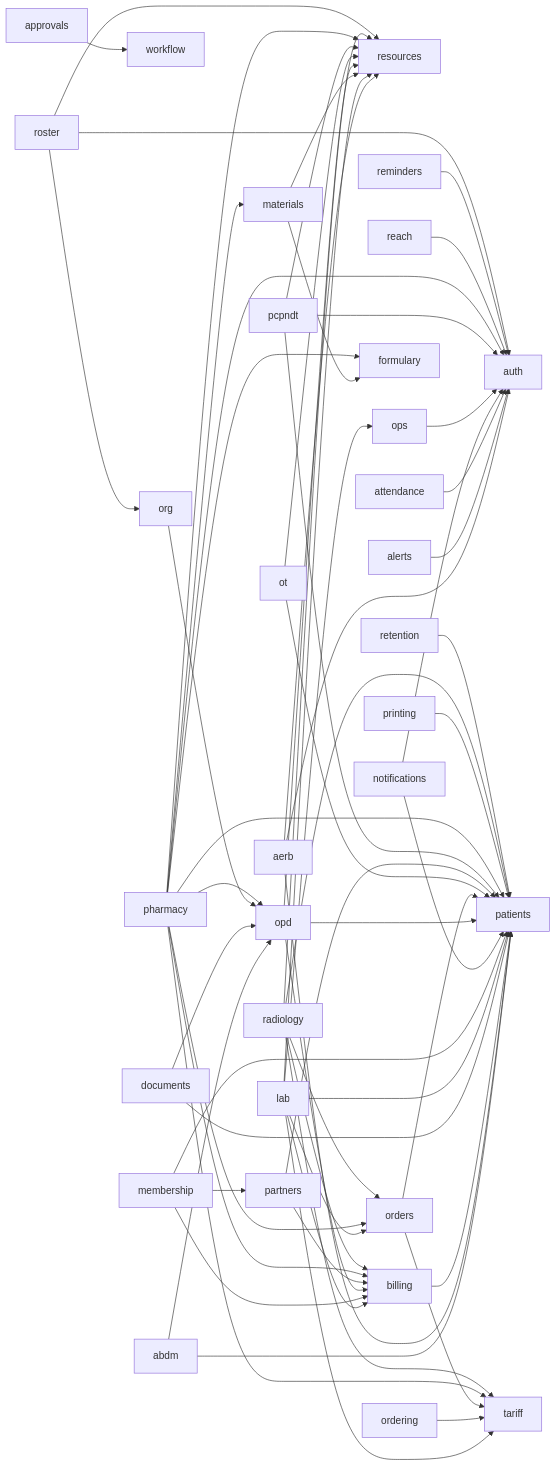
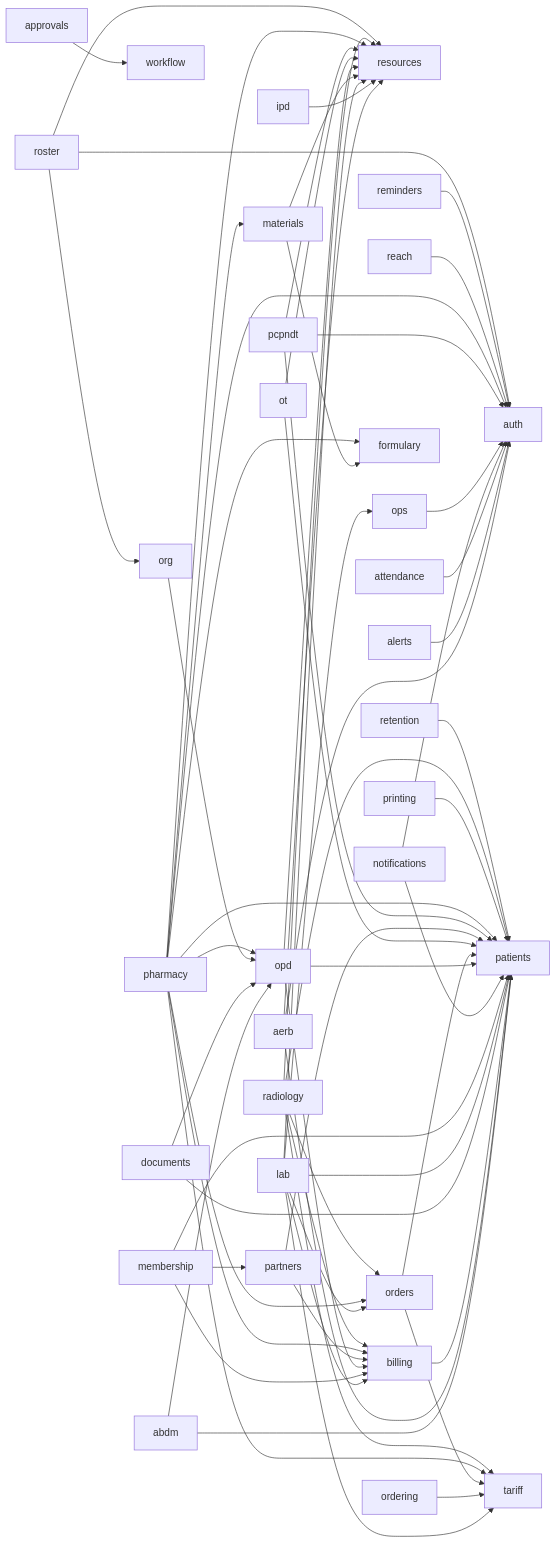
One commit to ankits3a/hims-hmis changed the diagram in docs/architecture/schema.md. Above: the diagram before and after it, drawn with Mermaid. The commit also changed other lines of this file and 55 other files, not shown here.

````diff
--- a/docs/architecture/schema.md
+++ b/docs/architecture/schema.md
@@ -13,63 +13,64 @@
 ```mermaid
 flowchart LR
   abdm[abdm] --> opd[opd]
   abdm[abdm] --> patients[patients]
   aerb[aerb] --> auth[auth]
   aerb[aerb] --> patients[patients]
   aerb[aerb] --> resources[resources]
   alerts[alerts] --> auth[auth]
   approvals[approvals] --> workflow[workflow]
   attendance[attendance] --> auth[auth]
   billing[billing] --> patients[patients]
   documents[documents] --> opd[opd]
   documents[documents] --> patients[patients]
+  ipd[ipd] --> resources[resources]
   lab[lab] --> billing[billing]
   lab[lab] --> ops[ops]
   lab[lab] --> orders[orders]
   lab[lab] --> patients[patients]
   lab[lab] --> resources[resources]
   lab[lab] --> tariff[tariff]
   materials[materials] --> formulary[formulary]
   materials[materials] --> resources[resources]
   membership[membership] --> billing[billing]
   membership[membership] --> partners[partners]
   membership[membership] --> patients[patients]
   notifications[notifications] --> auth[auth]
   notifications[notifications] --> patients[patients]
   opd[opd] --> billing[billing]
   opd[opd] --> patients[patients]
   opd[opd] --> resources[resources]
   ops[ops] --> auth[auth]
   ordering[ordering] --> tariff[tariff]
   orders[orders] --> patients[patients]
   orders[orders] --> tariff[tariff]
   org[org] --> opd[opd]
   ot[ot] --> patients[patients]
   ot[ot] --> resources[resources]
   partners[partners] --> billing[billing]
   partners[partners] --> patients[patients]
   pcpndt[pcpndt] --> auth[auth]
   pcpndt[pcpndt] --> patients[patients]
   pcpndt[pcpndt] --> resources[resources]
   pharmacy[pharmacy] --> auth[auth]
   pharmacy[pharmacy] --> billing[billing]
   pharmacy[pharmacy] --> formulary[formulary]
   pharmacy[pharmacy] --> materials[materials]
   pharmacy[pharmacy] --> opd[opd]
   pharmacy[pharmacy] --> orders[orders]
   pharmacy[pharmacy] --> patients[patients]
   pharmacy[pharmacy] --> resources[resources]
   pharmacy[pharmacy] --> tariff[tariff]
   printing[printing] --> patients[patients]
   radiology[radiology] --> billing[billing]
   radiology[radiology] --> orders[orders]
   radiology[radiology] --> patients[patients]
   radiology[radiology] --> resources[resources]
   radiology[radiology] --> tariff[tariff]
   reach[reach] --> auth[auth]
   reminders[reminders] --> auth[auth]
   retention[retention] --> patients[patients]
   roster[roster] --> auth[auth]
   roster[roster] --> org[org]
   roster[roster] --> resources[resources]
 ```
````
